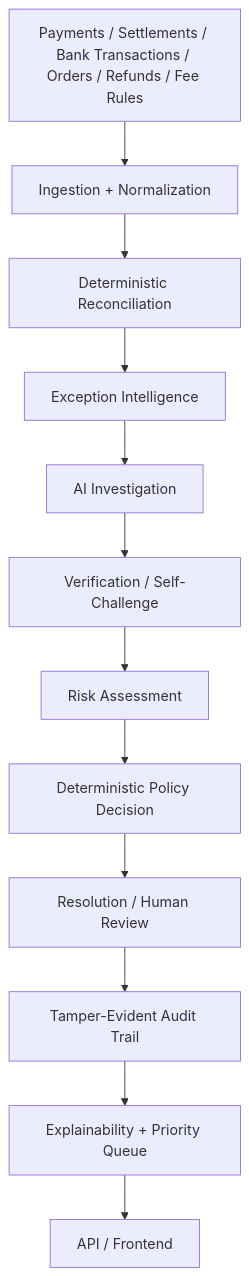
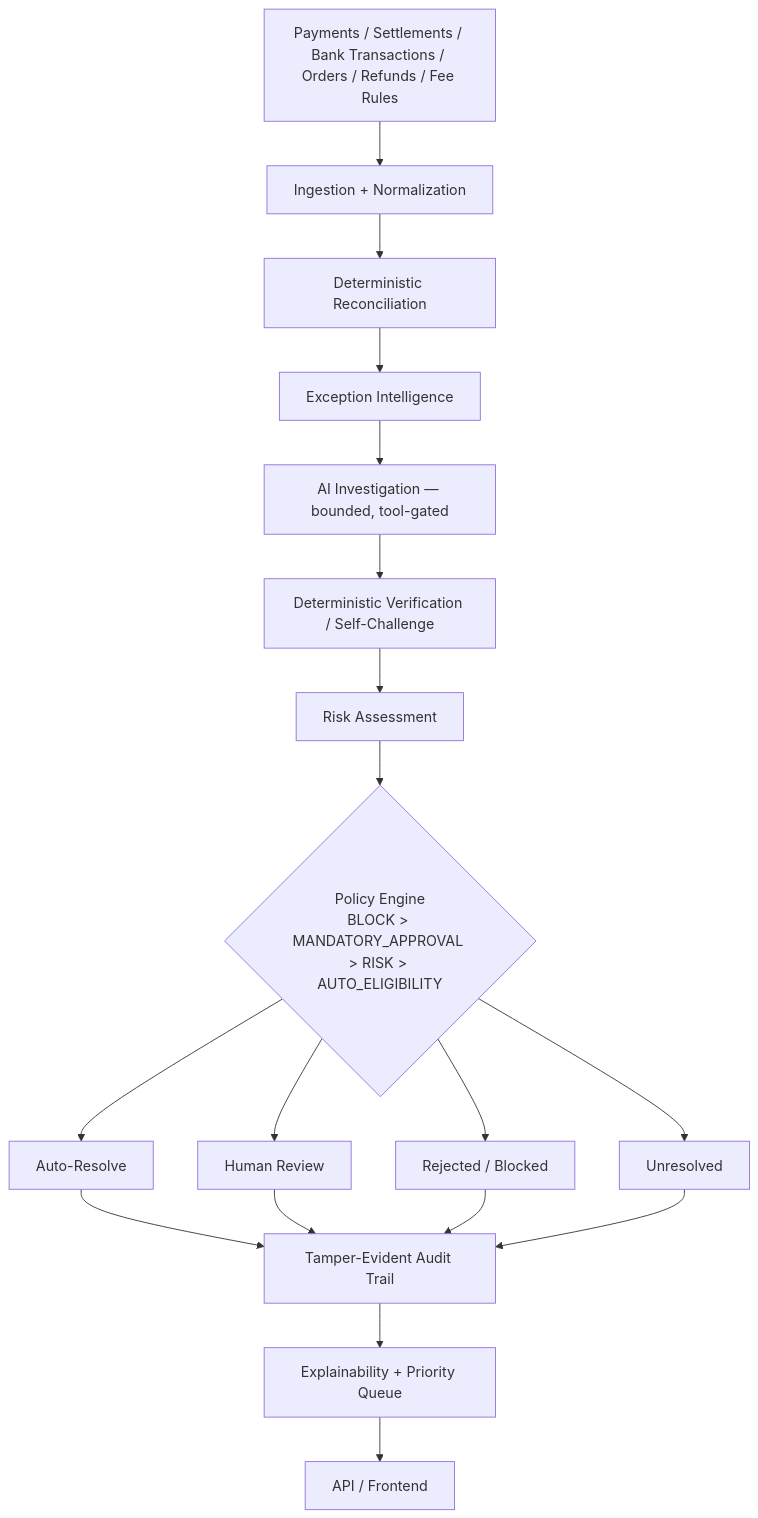
Before and after one commit to shikha382/Reconcileai: the diagram in README.md, drawn with Mermaid. The commit also changed other lines of this file and 36 other files, not shown here.

````diff
--- a/README.md
+++ b/README.md
@@ -21,14 +69,20 @@
 ```mermaid
 flowchart TD
     A[Payments / Settlements / Bank Transactions / Orders / Refunds / Fee Rules] --> B[Ingestion + Normalization]
     B --> C[Deterministic Reconciliation]
     C --> D[Exception Intelligence]
-    D --> E[AI Investigation]
-    E --> F[Verification / Self-Challenge]
+    D --> E[AI Investigation — bounded, tool-gated]
+    E --> F[Deterministic Verification / Self-Challenge]
     F --> G[Risk Assessment]
-    G --> H[Deterministic Policy Decision]
-    H --> I[Resolution / Human Review]
-    I --> J[Tamper-Evident Audit Trail]
-    J --> K[Explainability + Priority Queue]
-    K --> L[API / Frontend]
+    G --> H{Policy Engine\nBLOCK > MANDATORY_APPROVAL > RISK > AUTO_ELIGIBILITY}
+    H --> I[Auto-Resolve]
+    H --> J[Human Review]
+    H --> K[Rejected / Blocked]
+    H --> L[Unresolved]
+    I --> M[Tamper-Evident Audit Trail]
+    J --> M
+    K --> M
+    L --> M
+    M --> N[Explainability + Priority Queue]
+    N --> O[API / Frontend]
 ```
````
